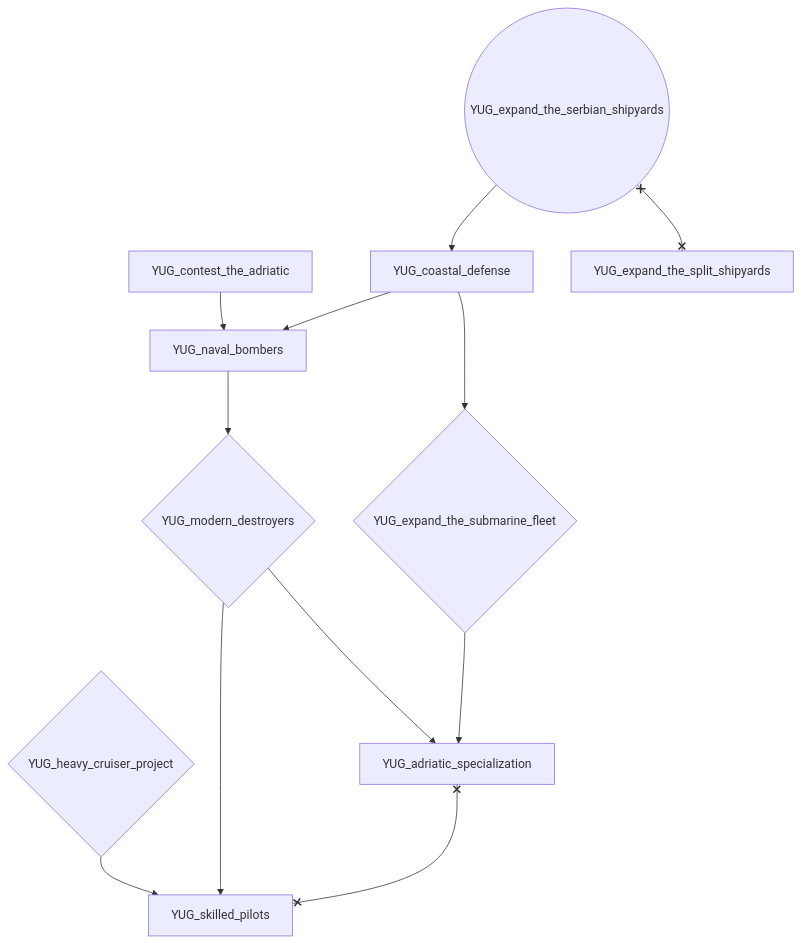
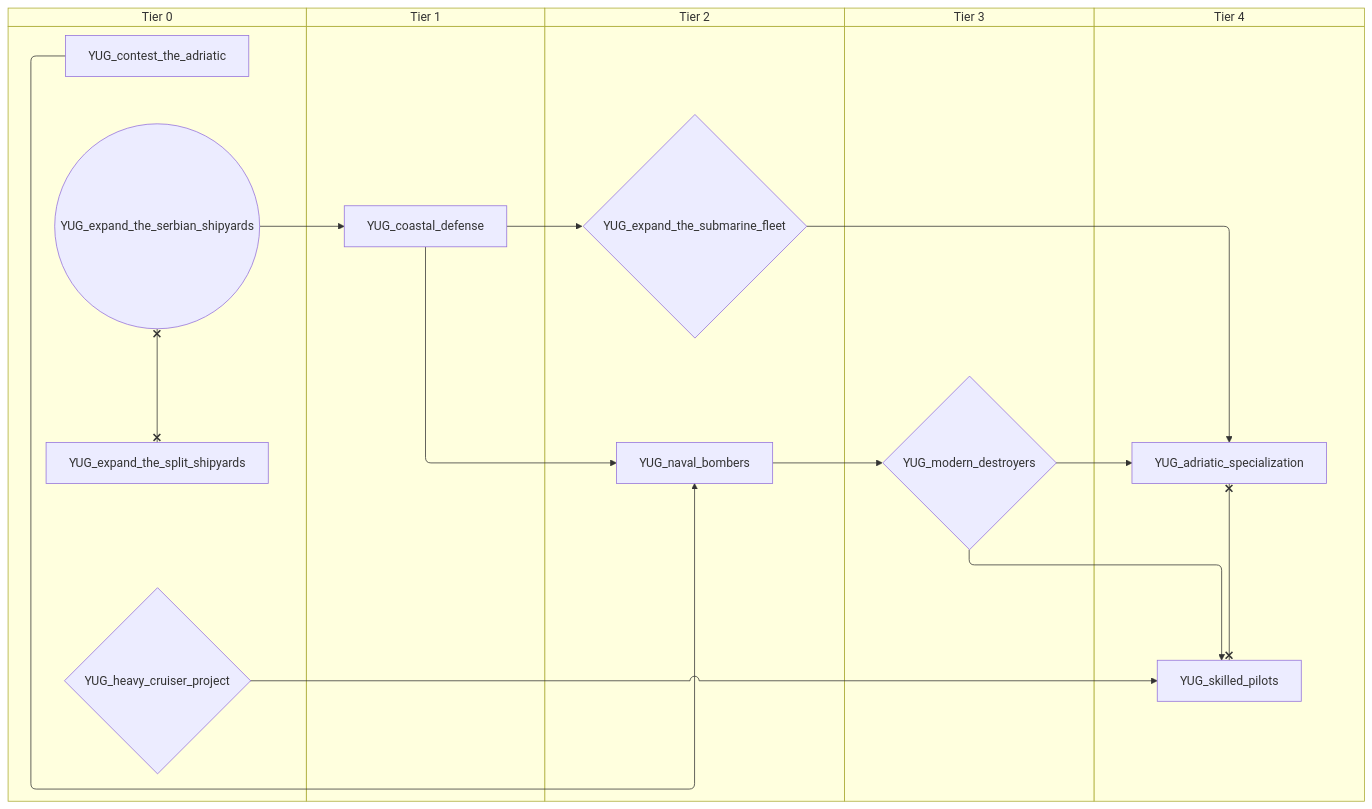
The second of 7 diagrams in docs/gdd/National Focuses/yugoslavia.md (evgeny-sobol/hoi4-sandbox-mode-r56), drawn with Mermaid before and after one commit. The commit also changed other lines of this file and 423 other files, not shown here.

First line of the commit message:
Re-export Rt56 focus trees as swimlane diagrams

````diff
--- a/docs/gdd/National Focuses/yugoslavia.md
+++ b/docs/gdd/National Focuses/yugoslavia.md
@@ -49,24 +59,34 @@
 ```mermaid
-flowchart TD
-    n20["YUG_adriatic_specialization"]
-    n21["YUG_coastal_defense"]
-    n22["YUG_contest_the_adriatic"]
-    n23(("YUG_expand_the_serbian_shipyards"))
-    n24["YUG_expand_the_split_shipyards"]
-    n25{"YUG_expand_the_submarine_fleet"}
-    n26{"YUG_heavy_cruiser_project"}
-    n27{"YUG_modern_destroyers"}
-    n28["YUG_naval_bombers"]
-    n29["YUG_skilled_pilots"]
-    n27 --> n20
-    n25 --> n20
-    n23 --> n21
-    n21 --> n25
-    n28 --> n27
-    n22 --> n28
-    n21 --> n28
-    n26 --> n29
+swimlane-beta TD
+    subgraph tier_0["Tier 0"]
+        n20["YUG_contest_the_adriatic"]
+        n21(("YUG_expand_the_serbian_shipyards"))
+        n22["YUG_expand_the_split_shipyards"]
+        n23{"YUG_heavy_cruiser_project"}
+    end
+    subgraph tier_1["Tier 1"]
+        n24["YUG_coastal_defense"]
+    end
+    subgraph tier_2["Tier 2"]
+        n25{"YUG_expand_the_submarine_fleet"}
+        n26["YUG_naval_bombers"]
+    end
+    subgraph tier_3["Tier 3"]
+        n27{"YUG_modern_destroyers"}
+    end
+    subgraph tier_4["Tier 4"]
+        n28["YUG_adriatic_specialization"]
+        n29["YUG_skilled_pilots"]
+    end
+    n27 --> n28
+    n25 --> n28
+    n21 --> n24
+    n24 --> n25
+    n26 --> n27
+    n20 --> n26
+    n24 --> n26
+    n23 --> n29
     n27 --> n29
-    n20 x--x n29
-    n23 x--x n24
+    n28 x--x n29
+    n21 x--x n22
 ```
````
